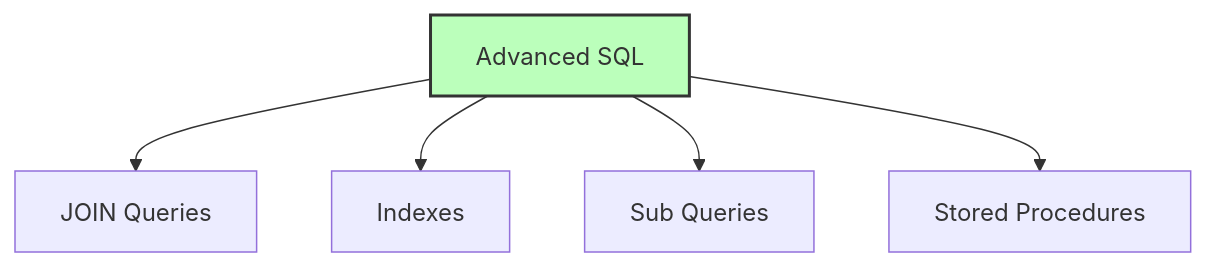
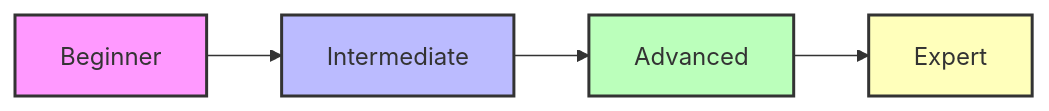
The diagram in 16SQLRoadmap.md (fistasolutions/learn-database-unicorndevelopers), drawn with Mermaid before and after one commit. The commit also changed other lines of this file and 37 other files, not shown here.

````diff
--- a/16SQLRoadmap.md
+++ b/16SQLRoadmap.md
@@ -86,8 +46,10 @@
 ```mermaid
-graph TD
-    A[Advanced SQL] --> B[JOIN Queries]
-    A --> C[Indexes]
-    A --> D[Sub Queries]
-    A --> E[Stored Procedures]
-    style A fill:#bfb,stroke:#333,stroke-width:2px
+graph LR
+    A[Beginner] --> B[Intermediate]
+    B --> C[Advanced]
+    C --> D[Expert]
+    style A fill:#f9f,stroke:#333,stroke-width:2px
+    style B fill:#bbf,stroke:#333,stroke-width:2px
+    style C fill:#bfb,stroke:#333,stroke-width:2px
+    style D fill:#ffb,stroke:#333,stroke-width:2px
 ```
````
